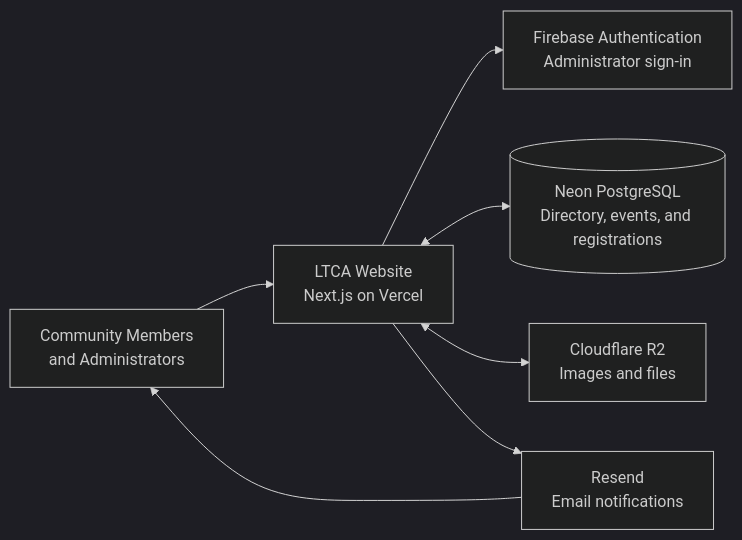
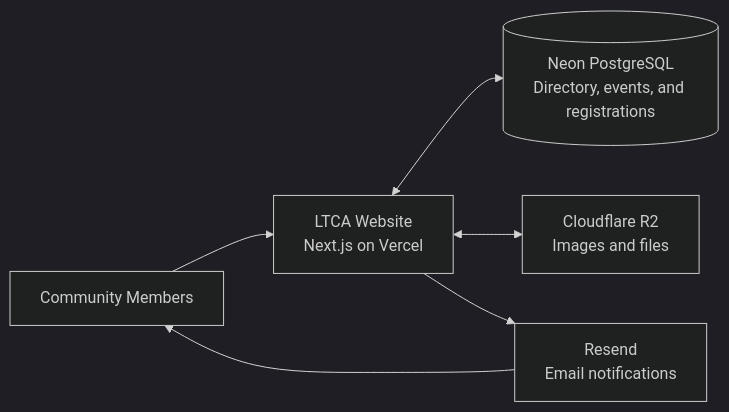
Before and after one commit to hforeste/lakay-toussaint-web: the diagram in docs/wiki/architecture-overview.md, drawn with Mermaid (dark theme). The commit also changed other lines of this file and 14 other files, not shown here.

````diff
--- a/docs/wiki/architecture-overview.md
+++ b/docs/wiki/architecture-overview.md
@@ -5,10 +5,9 @@
 ```mermaid
 flowchart LR
-    People[Community Members<br/>and Administrators] --> App[LTCA Website<br/>Next.js on Vercel]
+    People[Community Members] --> App[LTCA Website<br/>Next.js on Vercel]
 
-    App --> Auth[Firebase Authentication<br/>Administrator sign-in]
     App <--> Database[(Neon PostgreSQL<br/>Directory, events, and registrations)]
     App <--> Storage[Cloudflare R2<br/>Images and files]
     App --> Email[Resend<br/>Email notifications]
     Email --> People
 ```
````
